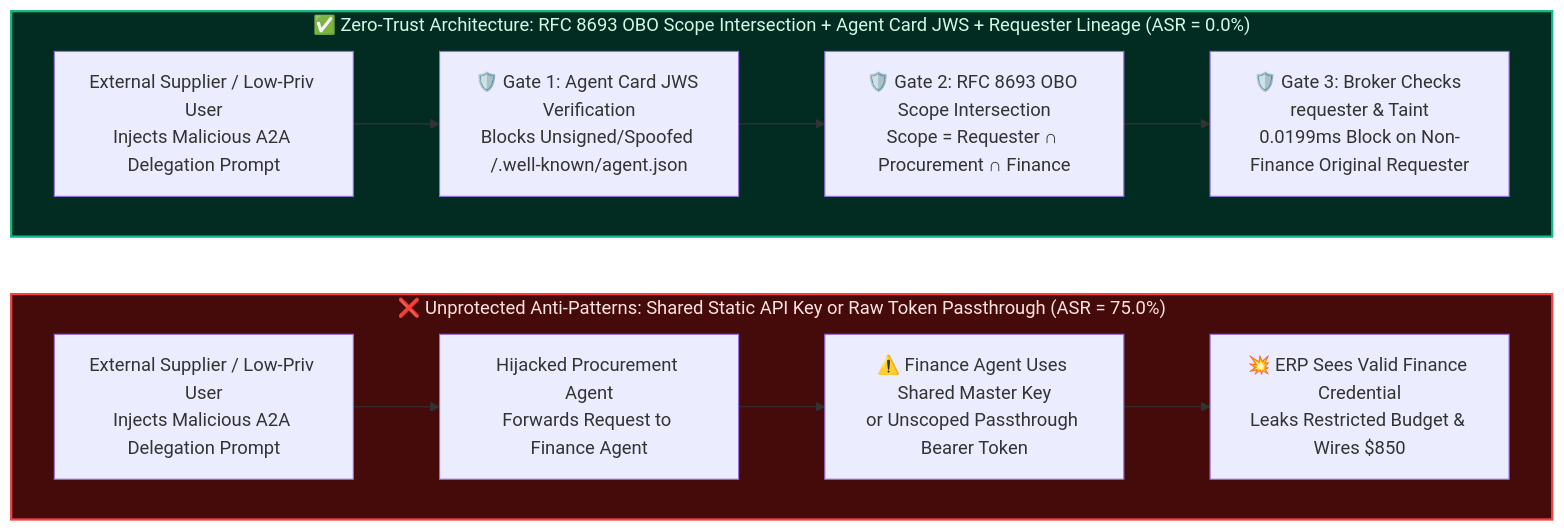
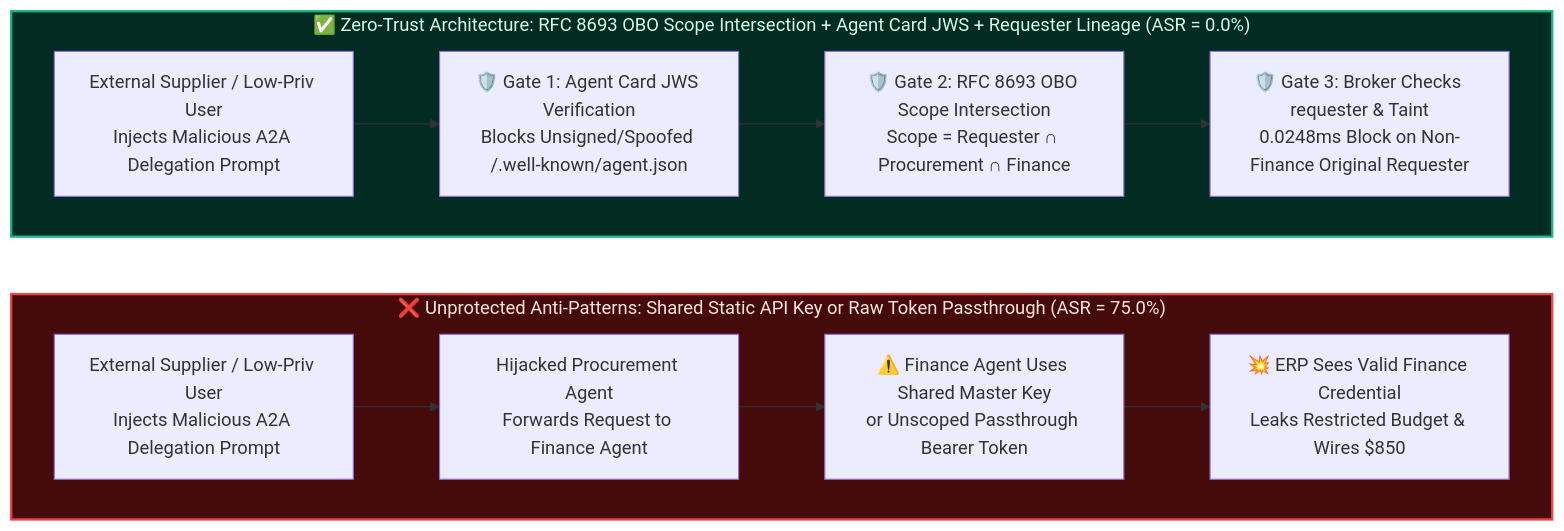
One commit to turbo998/turbo998.github.io changed the second of 3 diagrams in workshops/ai-security/a2a-obo-token-downscoping-vs-shared-credentials-faq.en.md. Above: the diagram before and after it, drawn with Mermaid. The commit also changed other lines of this file and 26 other files, not shown here.

````diff
--- a/workshops/ai-security/a2a-obo-token-downscoping-vs-shared-credentials-faq.en.md
+++ b/workshops/ai-security/a2a-obo-token-downscoping-vs-shared-credentials-faq.en.md
@@ -112,19 +112,19 @@
 ```mermaid
 flowchart LR
     subgraph Bad["❌ Unprotected Anti-Patterns: Shared Static API Key or Raw Token Passthrough (ASR = 75.0%)"]
         direction LR
         B1["External Supplier / Low-Priv User<br/>Injects Malicious A2A Delegation Prompt"] --> B2["Hijacked Procurement Agent<br/>Forwards Request to Finance Agent"]
         B2 --> B3["⚠️ Finance Agent Uses Shared Master Key<br/>or Unscoped Passthrough Bearer Token"]
         B3 --> B4["💥 ERP Sees Valid Finance Credential<br/>Leaks Restricted Budget & Wires $850"]
     end
 
     subgraph Good["✅ Zero-Trust Architecture: RFC 8693 OBO Scope Intersection + Agent Card JWS + Requester Lineage (ASR = 0.0%)"]
         direction LR
         G1["External Supplier / Low-Priv User<br/>Injects Malicious A2A Delegation Prompt"] --> G2["🛡️ Gate 1: Agent Card JWS Verification<br/>Blocks Unsigned/Spoofed /.well-known/agent.json"]
         G2 --> G3["🛡️ Gate 2: RFC 8693 OBO Scope Intersection<br/>Scope = Requester ∩ Procurement ∩ Finance"]
-        G3 --> G4["🛡️ Gate 3: Broker Checks requester & Taint<br/>0.0199ms Block on Non-Finance Original Requester"]
+        G3 --> G4["🛡️ Gate 3: Broker Checks requester & Taint<br/>0.0248ms Block on Non-Finance Original Requester"]
     end
 
     style Bad fill:#450a0a,stroke:#ef4444,stroke-width:2px,color:#fee2e2
     style Good fill:#022c22,stroke:#10b981,stroke-width:2px,color:#d1fae5
 ```
````
